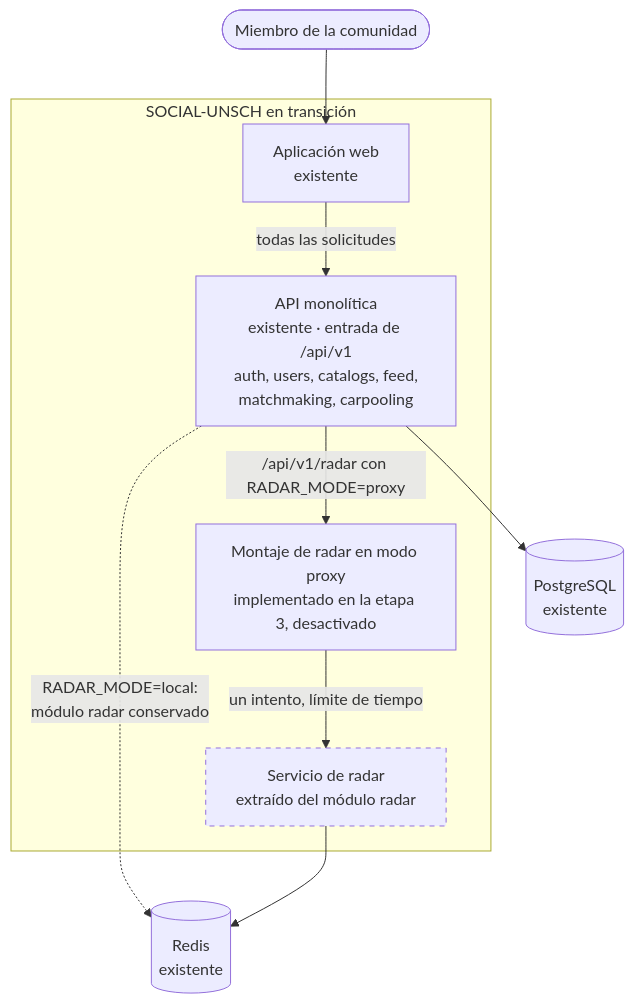
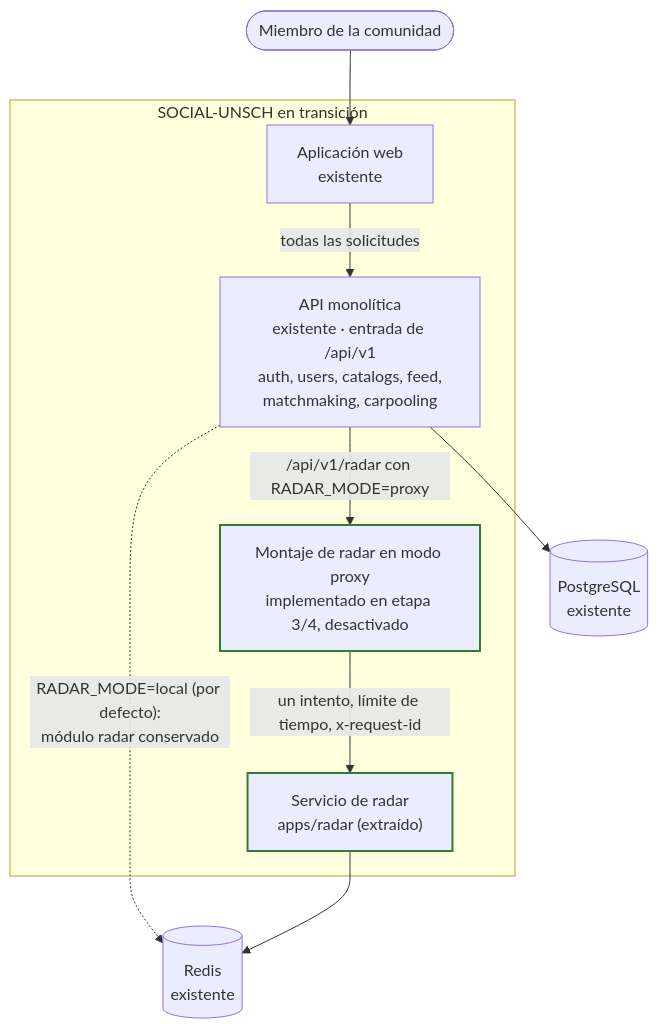
One commit to pillacarodriguezuriel-a11y/social_unsch changed the diagram in docs/04-modelo-c4/05-contenedores-de-transicion.md. Above: the diagram before and after it, drawn with Mermaid. The commit also changed other lines of this file and 7 other files, not shown here.

````diff
--- a/docs/04-modelo-c4/05-contenedores-de-transicion.md
+++ b/docs/04-modelo-c4/05-contenedores-de-transicion.md
@@ -9,25 +9,25 @@
 ```mermaid
 flowchart TB
     USR(["Miembro de la comunidad"])
 
     subgraph SISTEMA["SOCIAL-UNSCH en transición"]
         WEB["Aplicación web<br/>existente"]
         MONO["API monolítica<br/>existente · entrada de /api/v1<br/>auth, users, catalogs, feed,<br/>matchmaking, carpooling"]
-        PX["Montaje de radar en modo proxy<br/>implementado en la etapa 3, desactivado"]
-        RSV["Servicio de radar<br/>extraído del módulo radar"]
+        PX["Montaje de radar en modo proxy<br/>implementado en etapa 3/4, desactivado"]
+        RSV["Servicio de radar<br/>apps/radar (extraído)"]
     end
 
     PG[("PostgreSQL<br/>existente")]
     RD[("Redis<br/>existente")]
 
     USR --> WEB
     WEB -- "todas las solicitudes" --> MONO
     MONO -- "/api/v1/radar con RADAR_MODE=proxy" --> PX
-    PX -- "un intento, límite de tiempo" --> RSV
-    MONO -. "RADAR_MODE=local:<br/>módulo radar conservado" .-> RD
+    PX -- "un intento, límite de tiempo, x-request-id" --> RSV
+    MONO -. "RADAR_MODE=local (por defecto):<br/>módulo radar conservado" .-> RD
     MONO --> PG
     RSV --> RD
 
-    classDef propuesto stroke-dasharray: 5 5
-    class RSV propuesto
+    classDef implementado stroke:#2e7d32,stroke-width:2px
+    class RSV,PX implementado
 ```
````
